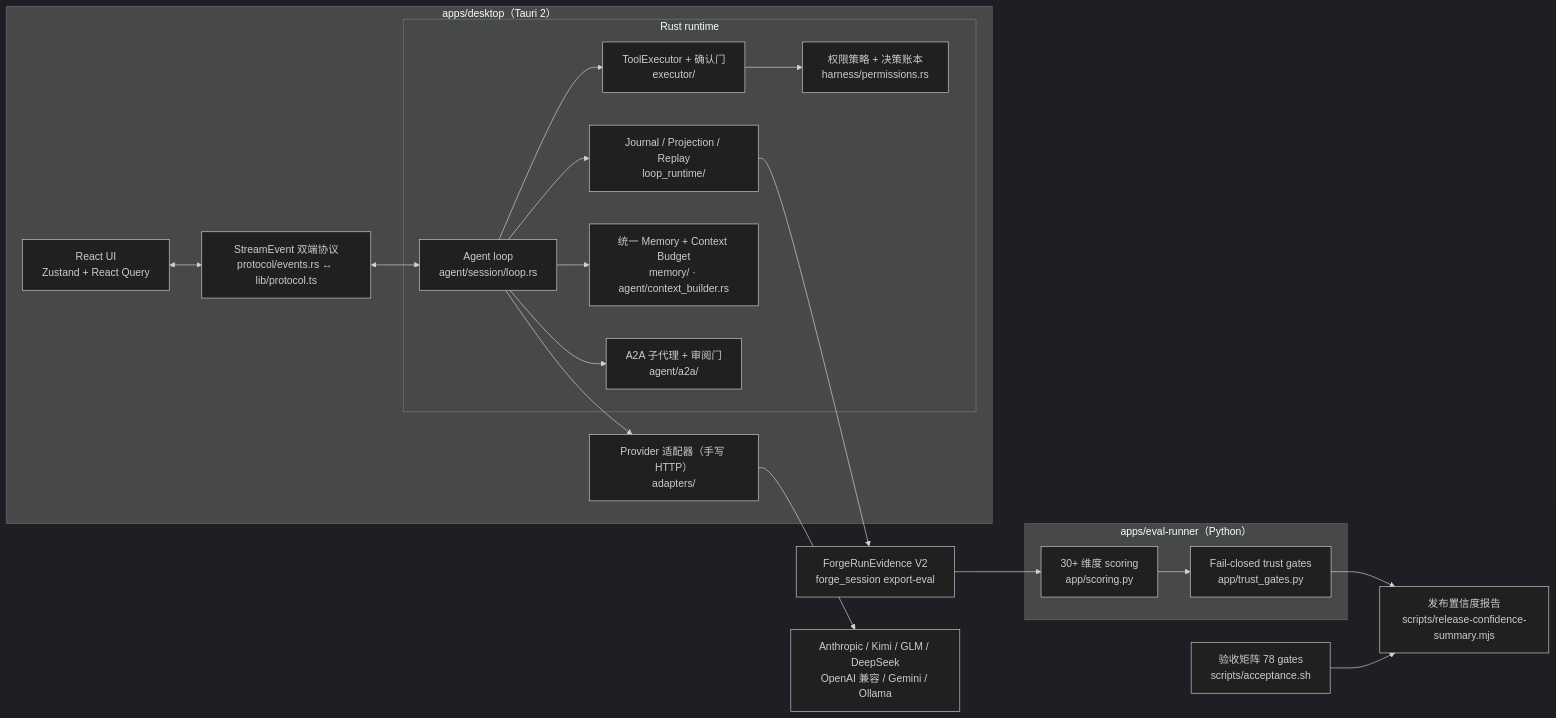
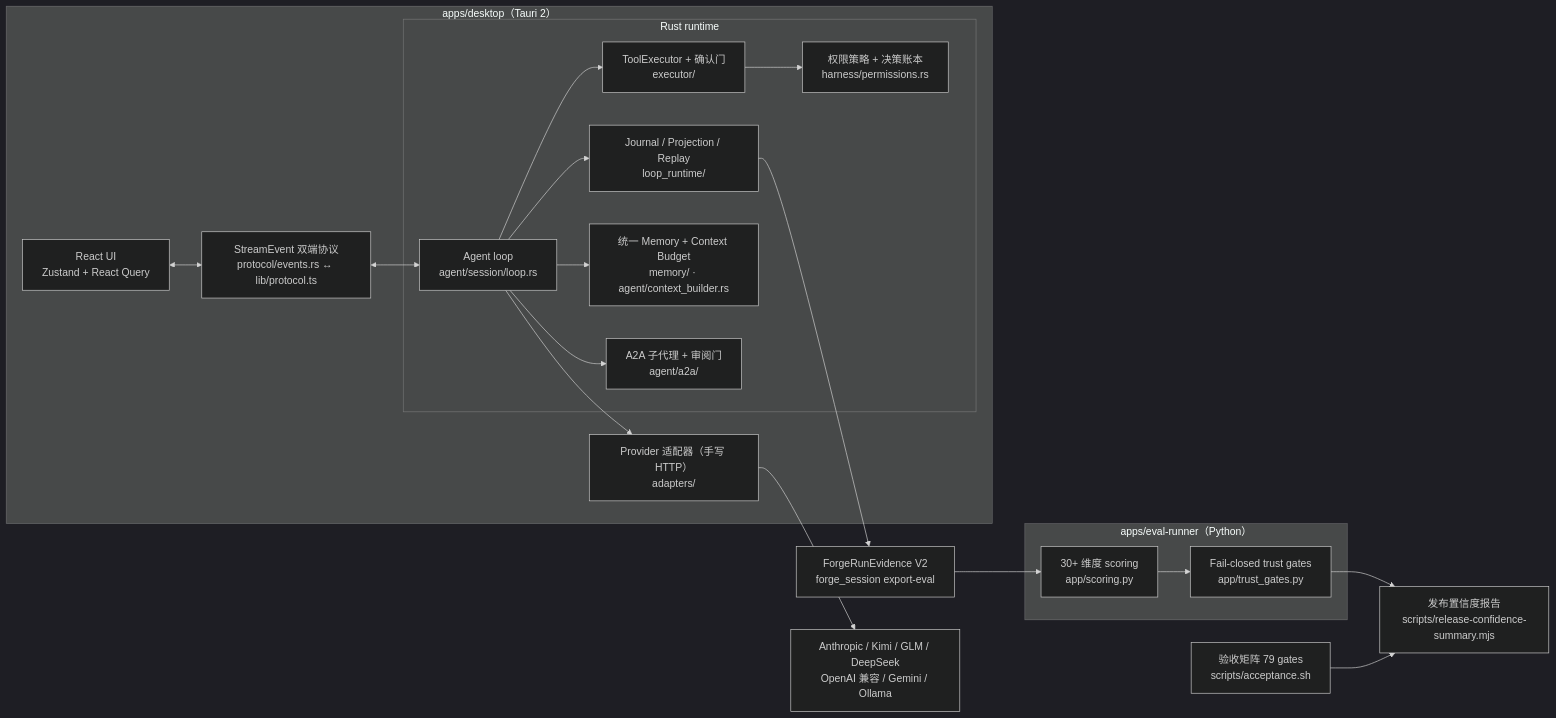
Before and after one commit to Cabbos/forge: the diagram in README.md, drawn with Mermaid (dark theme). The commit also changed other lines of this file and 5 other files, not shown here.

````diff
--- a/README.md
+++ b/README.md
@@ -32,39 +32,39 @@
 ```mermaid
 flowchart LR
   subgraph Desktop["apps/desktop（Tauri 2）"]
     UI["React UI<br/>Zustand + React Query"]
     Protocol["StreamEvent 双端协议<br/>protocol/events.rs ↔ lib/protocol.ts"]
     subgraph Runtime["Rust runtime"]
       Loop["Agent loop<br/>agent/session/loop.rs"]
       Exec["ToolExecutor + 确认门<br/>executor/"]
       Perm["权限策略 + 决策账本<br/>harness/permissions.rs"]
       Journal["Journal / Projection / Replay<br/>loop_runtime/"]
       Mem["统一 Memory + Context Budget<br/>memory/ · agent/context_builder.rs"]
       A2A["A2A 子代理 + 审阅门<br/>agent/a2a/"]
     end
     Adapters["Provider 适配器（手写 HTTP）<br/>adapters/"]
   end
   Providers["Anthropic / Kimi / GLM / DeepSeek<br/>OpenAI 兼容 / Gemini / Ollama"]
   Evidence["ForgeRunEvidence V2<br/>forge_session export-eval"]
   subgraph Eval["apps/eval-runner（Python）"]
     Scoring["30+ 维度 scoring<br/>app/scoring.py"]
     Trust["Fail-closed trust gates<br/>app/trust_gates.py"]
   end
-  Accept["验收矩阵 78 gates<br/>scripts/acceptance.sh"]
+  Accept["验收矩阵 79 gates<br/>scripts/acceptance.sh"]
   Confidence["发布置信度报告<br/>scripts/release-confidence-summary.mjs"]
 
   UI <--> Protocol
   Protocol <--> Loop
   Loop --> Exec
   Exec --> Perm
   Loop --> Journal
   Loop --> Mem
   Loop --> A2A
   Loop --> Adapters
   Adapters --> Providers
   Journal --> Evidence
   Evidence --> Scoring
   Scoring --> Trust
   Trust --> Confidence
   Accept --> Confidence
 ```
````
